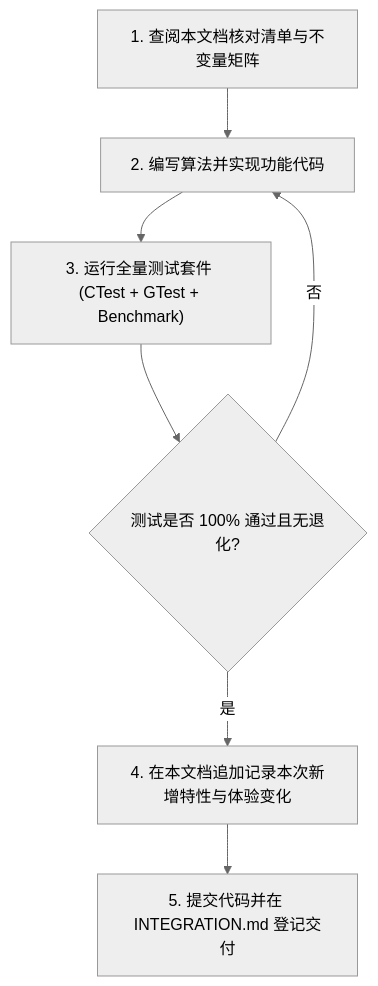
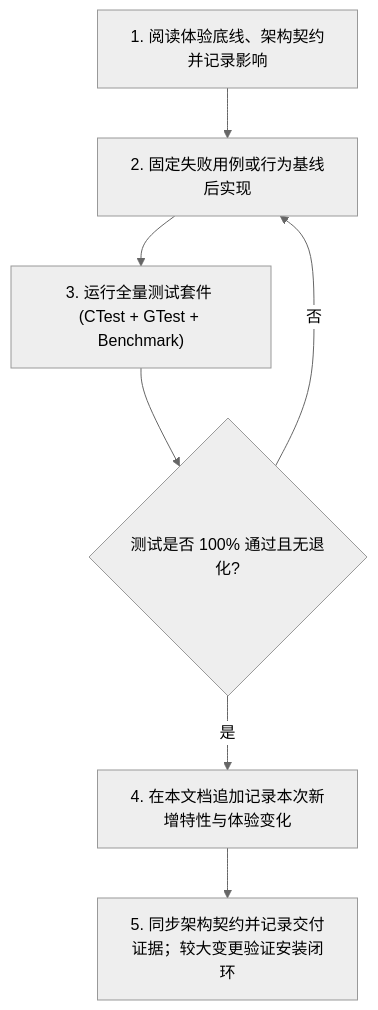
The diagram in docs/ALGORITHM_EVOLUTION.md (sunshine134679/fcitx5-linux-pinyin-input-method), drawn with Mermaid (neutral theme) before and after one commit. The commit also changed other lines of this file and 57 other files, not shown here.

````diff
--- a/docs/ALGORITHM_EVOLUTION.md
+++ b/docs/ALGORITHM_EVOLUTION.md
@@ -159,9 +217,9 @@
 ```mermaid
 flowchart TD
-    A["1. 查阅本文档核对清单与不变量矩阵"] --> B["2. 编写算法并实现功能代码"]
+    A["1. 阅读体验底线、架构契约并记录影响"] --> B["2. 固定失败用例或行为基线后实现"]
     B --> C["3. 运行全量测试套件 (CTest + GTest + Benchmark)"]
     C --> D{"测试是否 100% 通过且无退化?"}
     D -- 否 --> B
     D -- 是 --> E["4. 在本文档追加记录本次新增特性与体验变化"]
-    E --> F["5. 提交代码并在 INTEGRATION.md 登记交付"]
+    E --> F["5. 同步架构契约并记录交付证据；较大变更验证安装闭环"]
 ```
````
